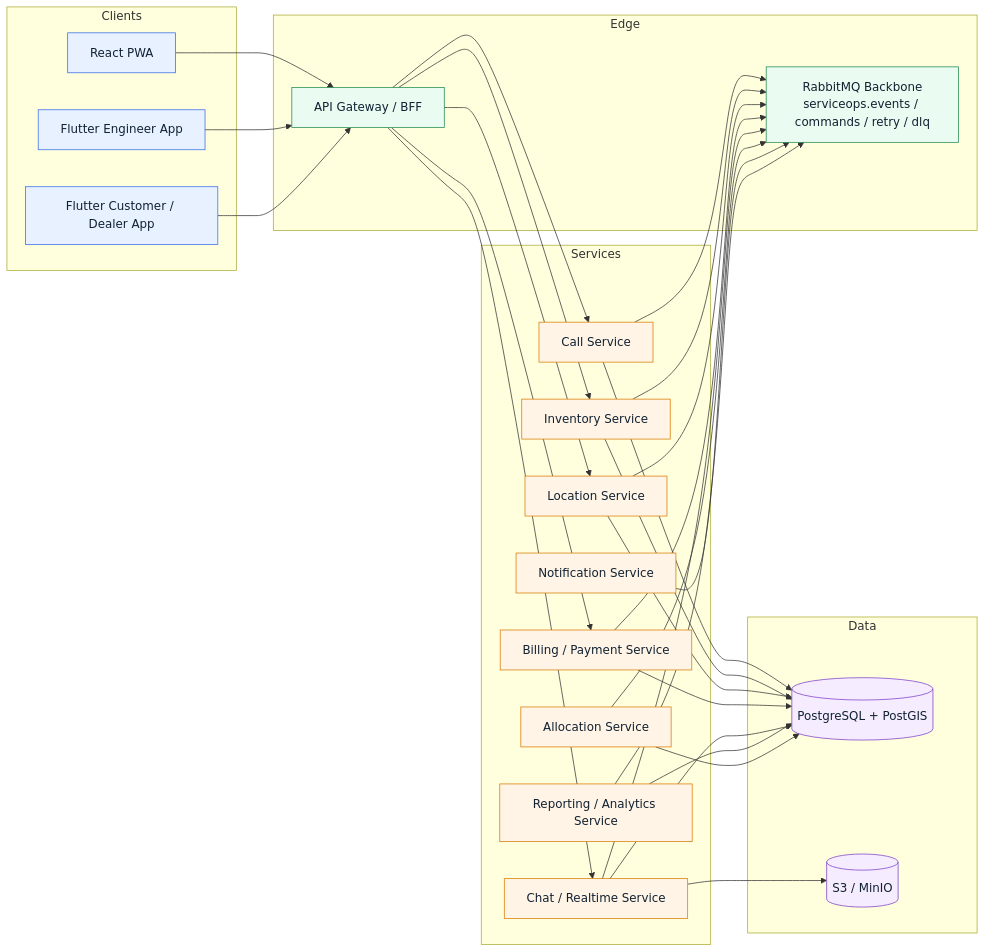
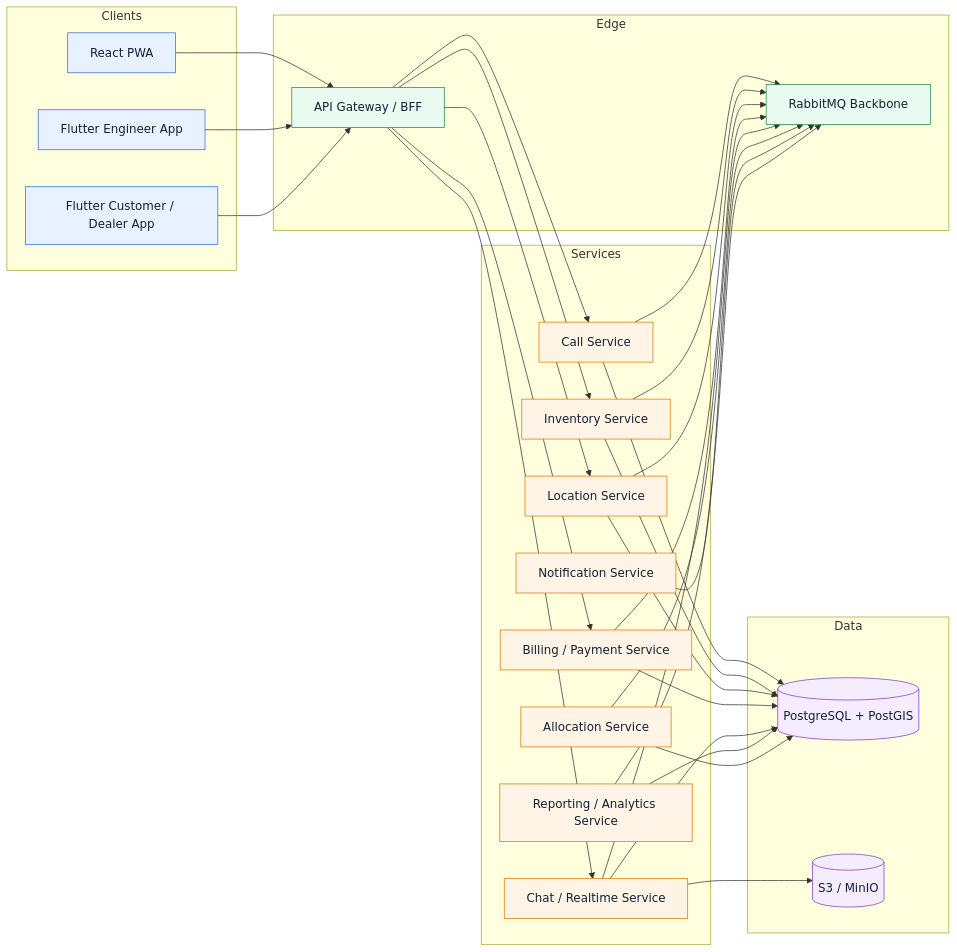
One commit to Rama12/EIPlatform1 changed the third of 3 diagrams in Readme.md. Above: the diagram before and after it, drawn with Mermaid. The commit also changed other lines of this file, not shown here.

````diff
--- a/Readme.md
+++ b/Readme.md
@@ -210,68 +192,68 @@
 ```mermaid
 flowchart LR
     classDef client fill:#E8F1FF,stroke:#356AE6,color:#123;
     classDef edge fill:#EAFBF1,stroke:#1F8A4C,color:#123;
     classDef svc fill:#FFF4E5,stroke:#D97A00,color:#123;
     classDef data fill:#F5ECFF,stroke:#7A3EC8,color:#123;
 
     subgraph Clients
         WEB[React PWA]
         ENG[Flutter Engineer App]
         CUST[Flutter Customer / Dealer App]
     end
 
     subgraph Edge
         BFF[API Gateway / BFF]
-        MQ[RabbitMQ Backbone<br/>serviceops.events / commands / retry / dlq]
+        MQ[RabbitMQ Backbone]
     end
 
     subgraph Services
         CALL[Call Service]
         INV[Inventory Service]
         LOC[Location Service]
         ALLOC[Allocation Service]
         BILL[Billing / Payment Service]
         NOTIF[Notification Service]
         CHAT[Chat / Realtime Service]
         REPORT[Reporting / Analytics Service]
     end
 
     subgraph Data
         PG[(PostgreSQL + PostGIS)]
         S3[(S3 / MinIO)]
     end
 
     WEB --> BFF
     ENG --> BFF
     CUST --> BFF
 
     BFF --> CALL
     BFF --> INV
     BFF --> LOC
     BFF --> BILL
     BFF --> CHAT
 
     CALL --> PG
     INV --> PG
     LOC --> PG
     BILL --> PG
     CHAT --> PG
 
     CALL --> MQ
     INV --> MQ
     LOC --> MQ
     BILL --> MQ
     CHAT --> MQ
     ALLOC --> MQ
     NOTIF --> MQ
     REPORT --> MQ
 
     CHAT --> S3
     REPORT --> PG
     ALLOC --> PG
 
     class WEB,ENG,CUST client;
     class BFF,MQ edge;
     class CALL,INV,LOC,ALLOC,BILL,NOTIF,CHAT,REPORT svc;
     class PG,S3 data;
 ```
````
